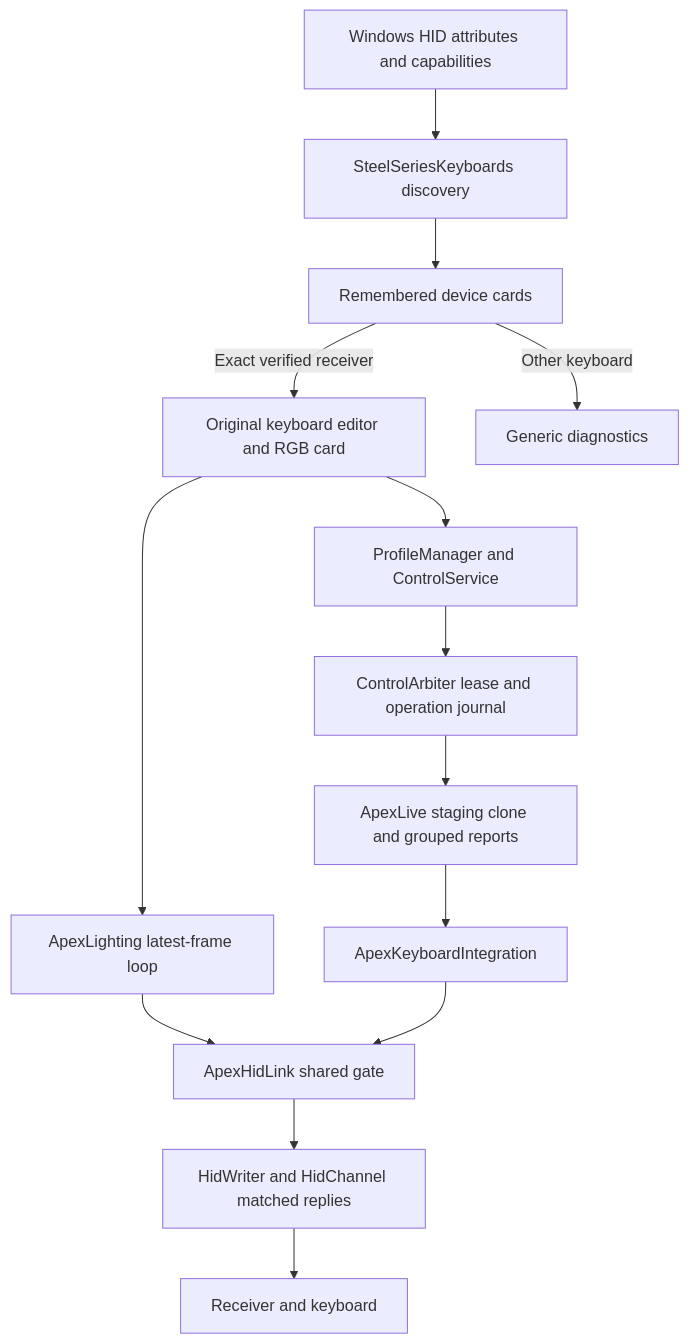
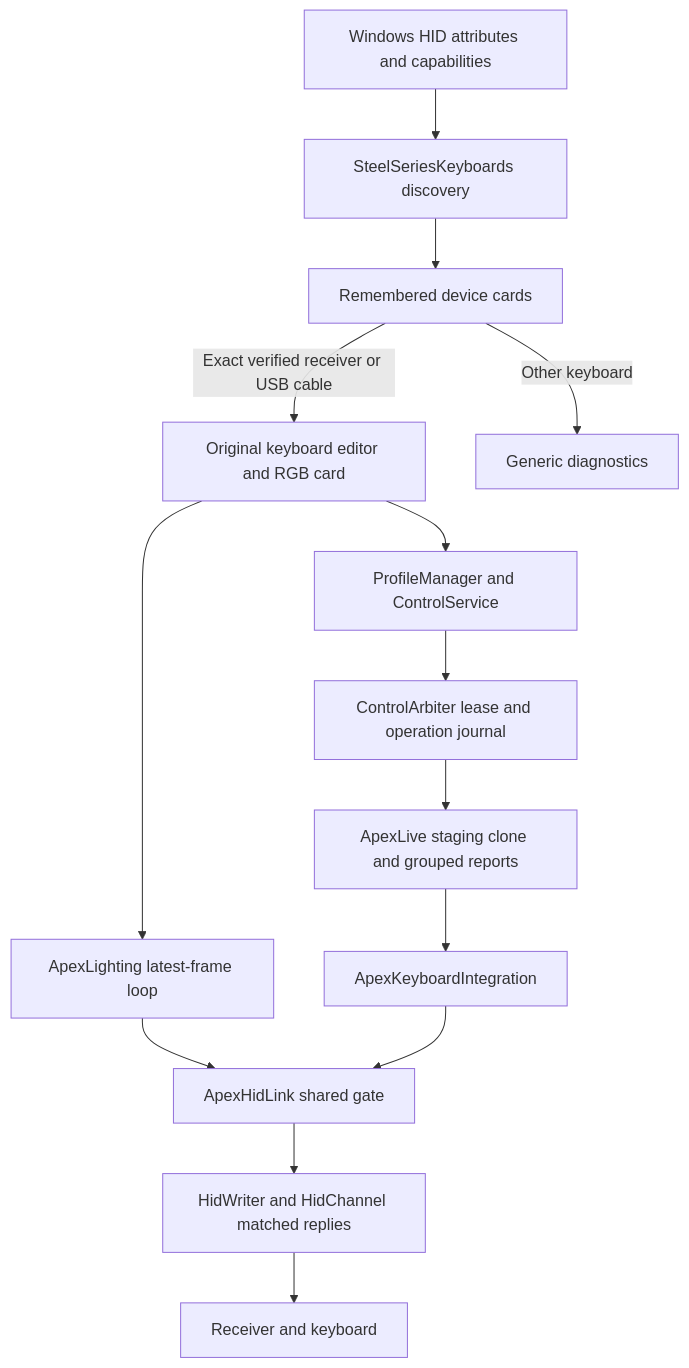
Before and after one commit to GUHPY/OpenGG: the diagram in docs/architecture.md, drawn with Mermaid. The commit also changed other lines of this file and 44 other files, not shown here.

Commit message:
Add USB cable transport support, refine UI transitions and update documentation

````diff
--- a/docs/architecture.md
+++ b/docs/architecture.md
@@ -5,16 +5,16 @@
 ```mermaid
 flowchart TD
     H[Windows HID attributes and capabilities] --> S[SteelSeriesKeyboards discovery]
     S --> C[Remembered device cards]
-    C -->|Exact verified receiver| E[Original keyboard editor and RGB card]
+    C -->|Exact verified receiver or USB cable| E[Original keyboard editor and RGB card]
     C -->|Other keyboard| D[Generic diagnostics]
     E --> P[ProfileManager and ControlService]
     P --> A[ControlArbiter lease and operation journal]
     A --> L[ApexLive staging clone and grouped reports]
     L --> T[ApexKeyboardIntegration]
     E --> R[ApexLighting latest-frame loop]
     R --> G[ApexHidLink shared gate]
     T --> G
     G --> W[HidWriter and HidChannel matched replies]
     W --> K[Receiver and keyboard]
 ```
````
